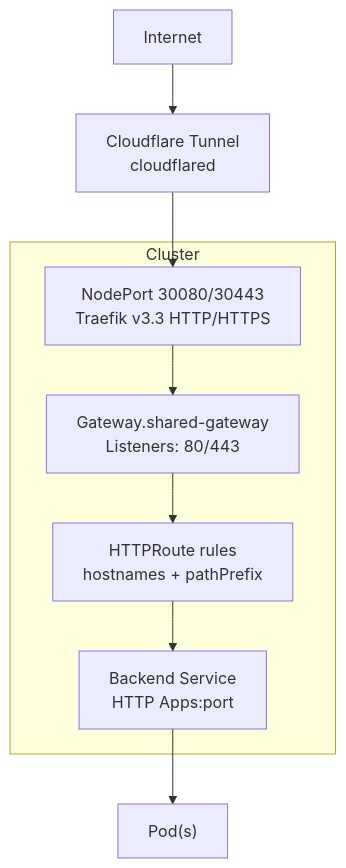
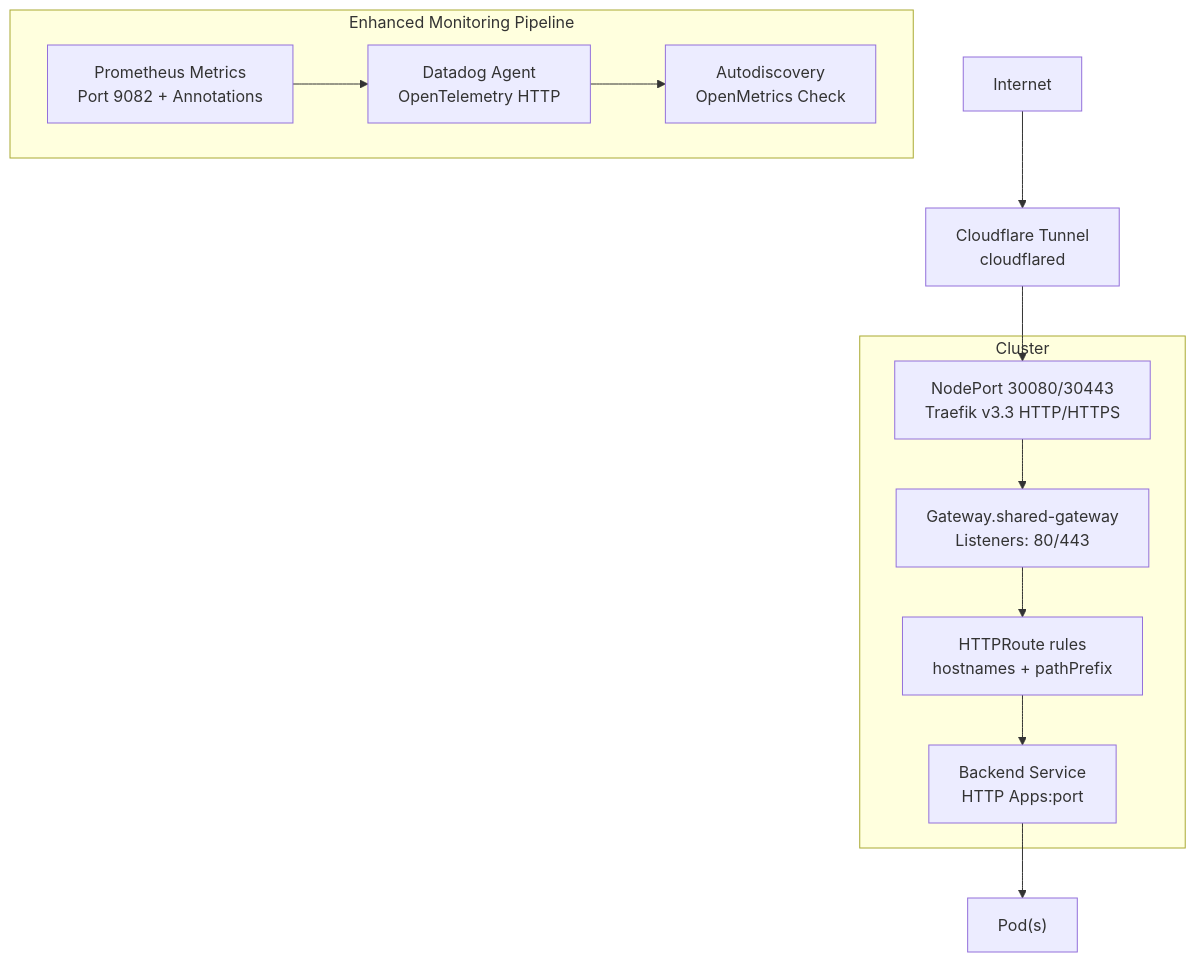
One commit to Hoangvu75/k8s_manifest changed the second of 12 diagrams in .qoder/repowiki/en/content/Infrastructure Applications/Gateway API Controller.md. Above: the diagram before and after it, drawn with Mermaid. The commit also changed other lines of this file and 3 other files, not shown here.

````diff
--- a/.qoder/repowiki/en/content/Infrastructure Applications/Gateway API Controller.md
+++ b/.qoder/repowiki/en/content/Infrastructure Applications/Gateway API Controller.md
@@ -155,15 +171,22 @@
 ```mermaid
 graph TB
 INT["Internet"] --> CF["Cloudflare Tunnel<br/>cloudflared"]
 CF --> NP["NodePort 30080/30443<br/>Traefik v3.3 HTTP/HTTPS"]
 NP --> GW["Gateway.shared-gateway<br/>Listeners: 80/443"]
 GW --> HTTP_ROUTE["HTTPRoute rules<br/>hostnames + pathPrefix"]
 HTTP_ROUTE --> SVC_HTTP["Backend Service<br/>HTTP Apps:port"]
 SVC_HTTP --> POD_HTTP["Pod(s)"]
+subgraph "Enhanced Monitoring Pipeline"
+MON_PROM["Prometheus Metrics<br/>Port 9082 + Annotations"]
+MON_DD["Datadog Agent<br/>OpenTelemetry HTTP"]
+MON_AUTO["Autodiscovery<br/>OpenMetrics Check"]
+MON_PROM --> MON_DD
+MON_DD --> MON_AUTO
+end
 subgraph "Cluster"
 NP
 GW
 HTTP_ROUTE
 SVC_HTTP
 end
 ```
````
